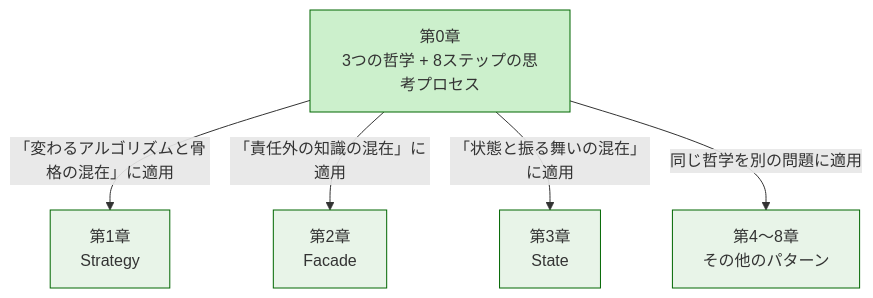
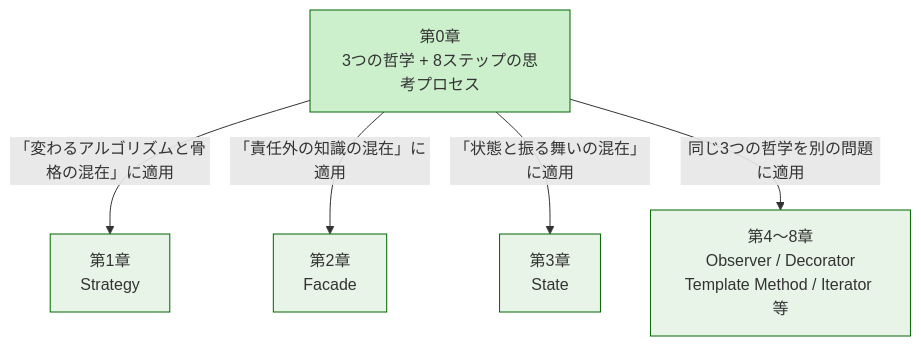
Before and after one commit to kumachan1101-pixel/DesignPattern: the first of 9 diagrams in kindle/design-patterns/output/chapter00.md, drawn with Mermaid. The commit also changed other lines of this file and 3 other files, not shown here.

````diff
--- a/kindle/design-patterns/output/chapter00.md
+++ b/kindle/design-patterns/output/chapter00.md
@@ -43,19 +43,19 @@
 ```mermaid
 graph TD
     A["第0章<br/>3つの哲学 + 8ステップの思考プロセス"]
     B["第1章<br/>Strategy"]
     C["第2章<br/>Facade"]
     D["第3章<br/>State"]
-    E["第4〜8章<br/>その他のパターン"]
+    E["第4〜8章<br/>Observer / Decorator<br/>Template Method / Iterator 等"]
 
     A -->|「変わるアルゴリズムと骨格の混在」に適用| B
     A -->|「責任外の知識の混在」に適用| C
     A -->|「状態と振る舞いの混在」に適用| D
-    A -->|同じ哲学を別の問題に適用| E
+    A -->|同じ3つの哲学を別の問題に適用| E
 
     style A fill:#ccf0cc,stroke:#006600
     style B fill:#e8f4e8,stroke:#006600
     style C fill:#e8f4e8,stroke:#006600
     style D fill:#e8f4e8,stroke:#006600
     style E fill:#e8f4e8,stroke:#006600
 ```
````
